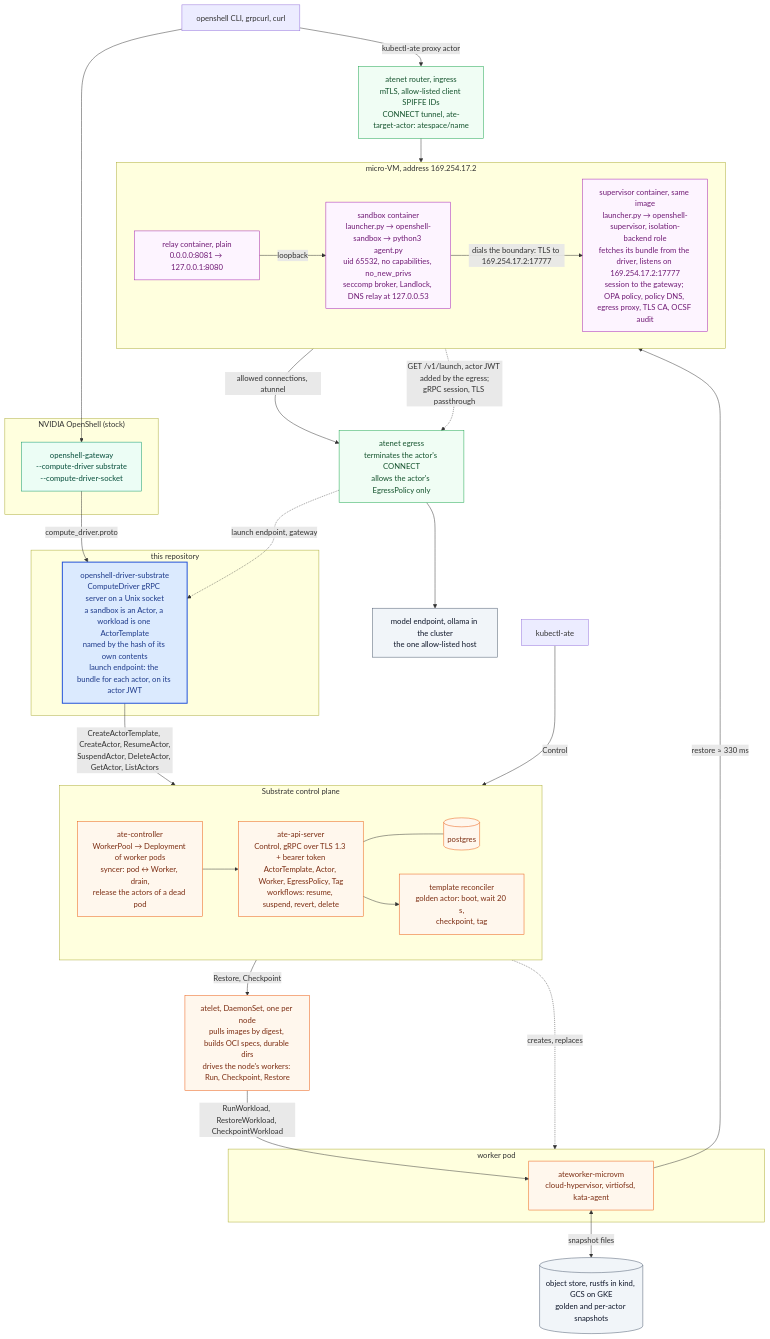
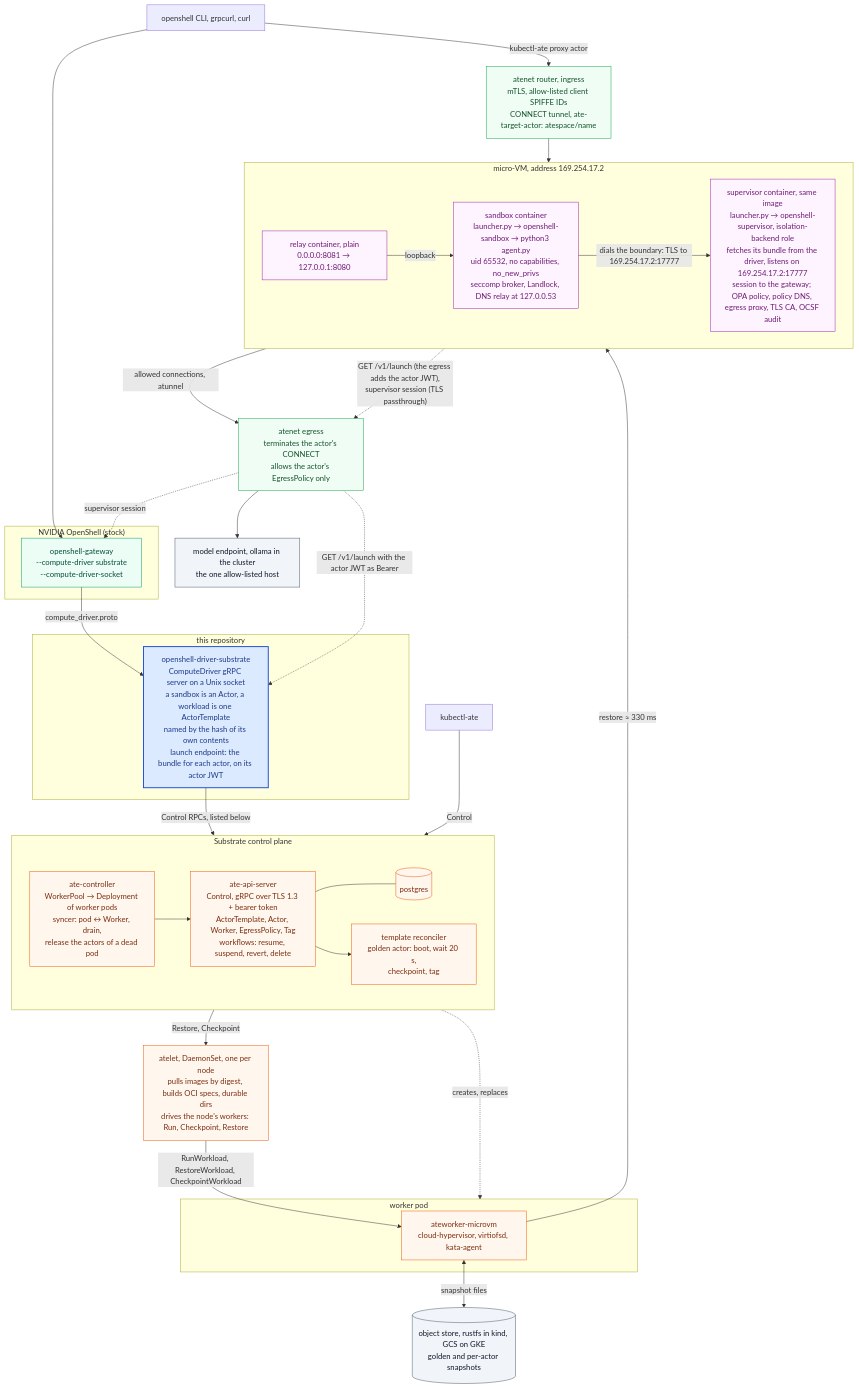
Before and after one commit to dims/openshell-driver-substrate: the first of 8 diagrams in docs/architecture.md, drawn with Mermaid. The commit also changed other lines of this file and 1 other file, not shown here.

First line of the commit message:
docs: fix the diagrams

````diff
--- a/docs/architecture.md
+++ b/docs/architecture.md
@@ -25,75 +25,76 @@
 ```mermaid
 flowchart TB
   classDef stock fill:#ecfdf5,stroke:#059669,color:#064e3b
   classDef ours fill:#dbeafe,stroke:#1d4ed8,color:#1e3a8a,stroke-width:2px
   classDef sub fill:#fff7ed,stroke:#ea580c,color:#7c2d12
   classDef guest fill:#fdf4ff,stroke:#a21caf,color:#701a75
   classDef store fill:#f1f5f9,stroke:#475569,color:#0f172a
   classDef edge fill:#f0fdf4,stroke:#16a34a,color:#14532d
 
   cli["openshell CLI, grpcurl, curl"]
   kate["kubectl-ate"]
 
   subgraph openshell["NVIDIA OpenShell (stock)"]
     gw["openshell-gateway<br/>--compute-driver substrate<br/>--compute-driver-socket"]
   end
 
   subgraph repo["this repository"]
     driver["openshell-driver-substrate<br/>ComputeDriver gRPC server on a Unix socket<br/>a sandbox is an Actor, a workload is one ActorTemplate<br/>named by the hash of its own contents<br/>launch endpoint: the bundle for each actor, on its actor JWT"]
   end
 
   subgraph substrate["Substrate control plane"]
     direction LR
     ctl["ate-controller<br/>WorkerPool → Deployment of worker pods<br/>syncer: pod ↔ Worker, drain,<br/>release the actors of a dead pod"]
     api["ate-api-server<br/>Control, gRPC over TLS 1.3 + bearer token<br/>ActorTemplate, Actor, Worker, EgressPolicy, Tag<br/>workflows: resume, suspend, revert, delete"]
     pg[("postgres")]
     recon["template reconciler<br/>golden actor: boot, wait 20 s,<br/>checkpoint, tag"]
     ctl --> api
     api --- pg
     api --> recon
   end
 
   router["atenet router, ingress<br/>mTLS, allow-listed client SPIFFE IDs<br/>CONNECT tunnel, ate-target-actor: atespace/name"]
 
   atelet["atelet, DaemonSet, one per node<br/>pulls images by digest, builds OCI specs, durable dirs<br/>drives the node's workers: Run, Checkpoint, Restore"]
 
   subgraph pod["worker pod"]
     ateom["ateworker-microvm<br/>cloud-hypervisor, virtiofsd, kata-agent"]
   end
 
   subgraph vm["micro-VM, address 169.254.17.2"]
     direction LR
     relay["relay container, plain<br/>0.0.0.0:8081 → 127.0.0.1:8080"]
     sbx["sandbox container<br/>launcher.py → openshell-sandbox → python3 agent.py<br/>uid 65532, no capabilities, no_new_privs<br/>seccomp broker, Landlock, DNS relay at 127.0.0.53"]
     sup["supervisor container, same image<br/>launcher.py → openshell-supervisor, isolation-backend role<br/>fetches its bundle from the driver, listens on 169.254.17.2:17777<br/>session to the gateway; OPA policy, policy DNS, egress proxy, TLS CA, OCSF audit"]
     relay -- "loopback" --> sbx
     sbx -- "dials the boundary: TLS to 169.254.17.2:17777" --> sup
   end
 
   store[("object store, rustfs in kind, GCS on GKE<br/>golden and per-actor snapshots")]
   egress["atenet egress<br/>terminates the actor's CONNECT<br/>allows the actor's EgressPolicy only"]
   model["model endpoint, ollama in the cluster<br/>the one allow-listed host"]
 
   cli --> gw
   gw -- "compute_driver.proto" --> driver
-  driver -- "CreateActorTemplate, CreateActor, ResumeActor,<br/>SuspendActor, DeleteActor, GetActor, ListActors" --> api
+  driver -- "Control RPCs, listed below" --> api
   kate -- "Control" --> api
   api -- "Restore, Checkpoint" --> atelet
   ctl -. "creates, replaces" .-> pod
   atelet -- "RunWorkload, RestoreWorkload, CheckpointWorkload" --> ateom
   ateom -- "restore ≈ 330 ms" --> sbx
   ateom <-- "snapshot files" --> store
   cli -- "kubectl-ate proxy actor" --> router
   router --> relay
   sup -- "allowed connections, atunnel" --> egress
   egress --> model
-  sup -. "GET /v1/launch, actor JWT added by the egress;<br/>gRPC session, TLS passthrough" .-> egress
-  egress -. "launch endpoint, gateway" .-> driver
+  sup -. "GET /v1/launch (the egress adds the actor JWT),<br/>supervisor session (TLS passthrough)" .-> egress
+  egress -. "GET /v1/launch with the actor JWT as Bearer" .-> driver
+  egress -. "supervisor session" .-> gw
 
   class gw stock
   class driver ours
   class api,pg,recon,ctl,atelet,ateom sub
   class router,egress edge
   class sbx,sup,relay guest
   class store,model store
 ```
````
